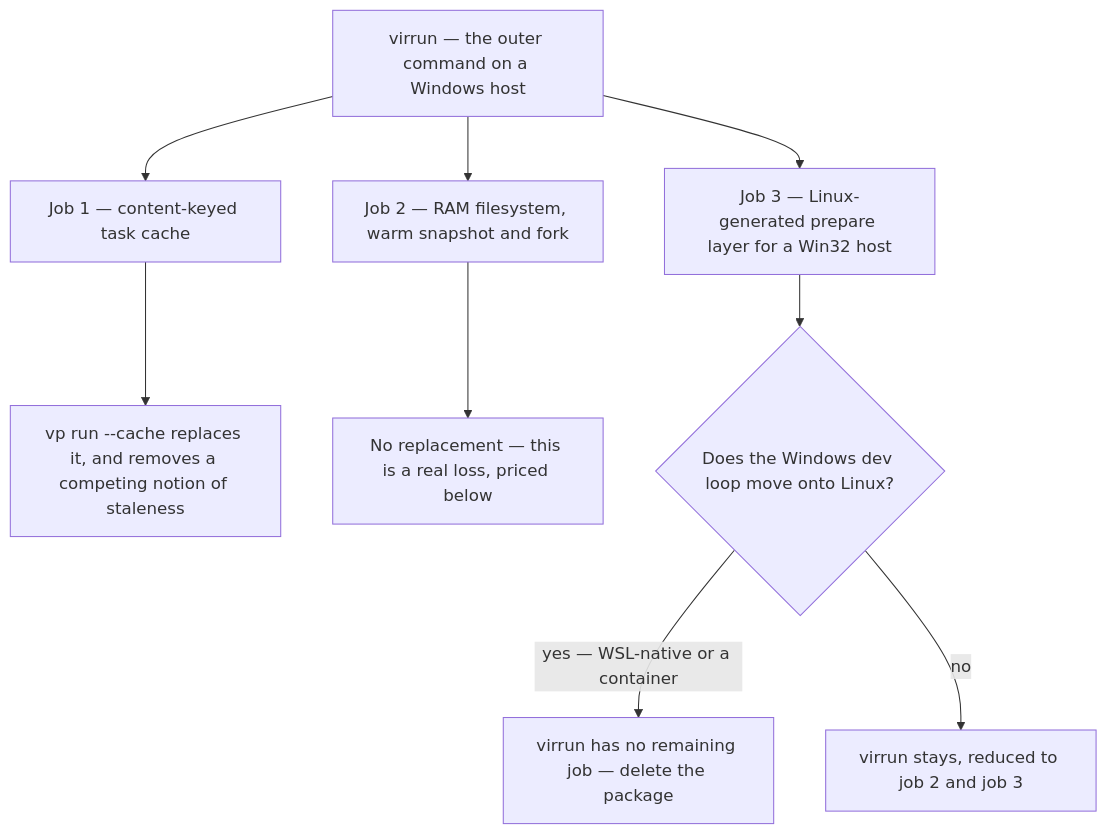
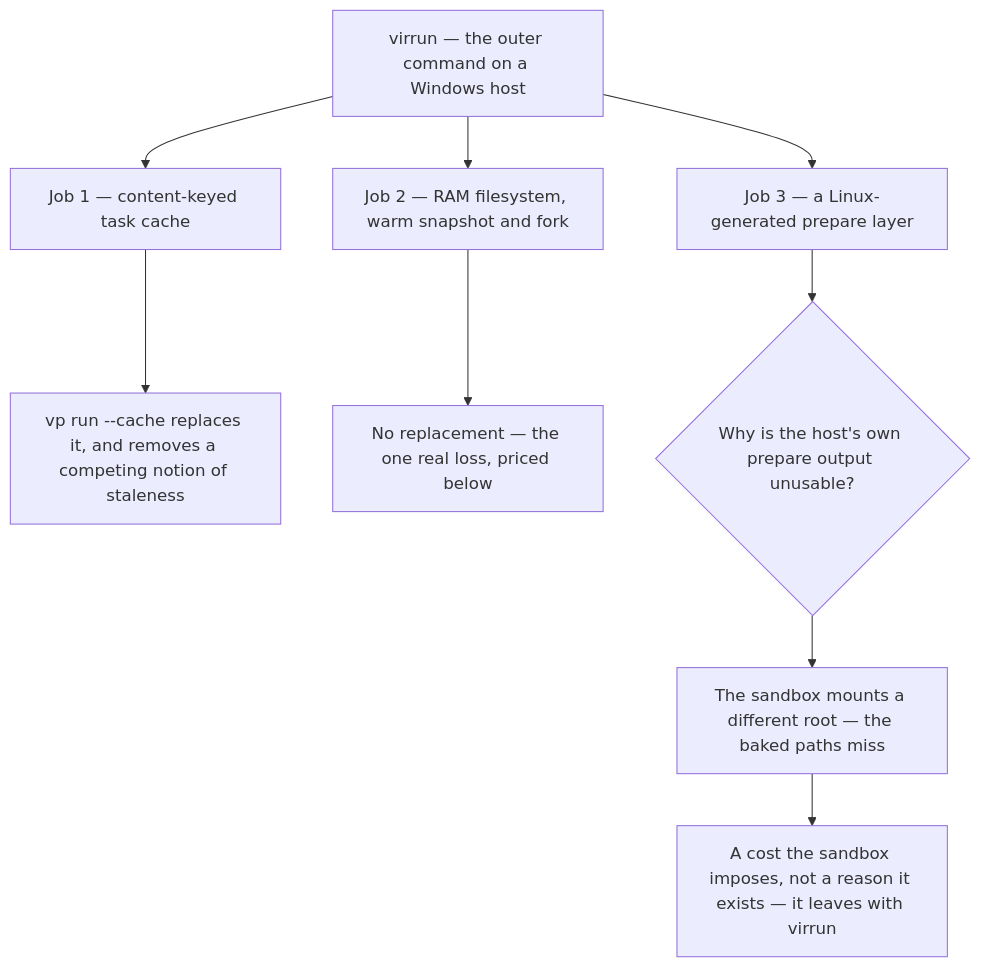
The diagram in apps/web/content/docs/proposals/refactors/vite-plus/virrun-retirement.md (Esposter/Esposter), drawn with Mermaid before and after one commit. The commit also changed other lines of this file and 1 other file, not shown here.

First line of the commit message:
docs(proposals): nothing external gates virrun's removal

````diff
--- a/apps/web/content/docs/proposals/refactors/vite-plus/virrun-retirement.md
+++ b/apps/web/content/docs/proposals/refactors/vite-plus/virrun-retirement.md
@@ -14,11 +14,11 @@
 ```mermaid
 flowchart TD
   virrun["virrun — the outer command on a Windows host"] --> cache["Job 1 — content-keyed task cache"]
   virrun --> speed["Job 2 — RAM filesystem, warm snapshot and fork"]
-  virrun --> correct["Job 3 — Linux-generated prepare layer for a Win32 host"]
+  virrun --> correct["Job 3 — a Linux-generated prepare layer"]
   cache --> vp["vp run --cache replaces it, and removes a competing notion of staleness"]
-  speed --> lost["No replacement — this is a real loss, priced below"]
-  correct --> gate{"Does the Windows dev loop move onto Linux?"}
-  gate -->|"yes — WSL-native or a container"| delete["virrun has no remaining job — delete the package"]
-  gate -->|no| keep["virrun stays, reduced to job 2 and job 3"]
+  speed --> trade["No replacement — the one real loss, priced below"]
+  correct --> why{"Why is the host's own prepare output unusable?"}
+  why --> root["The sandbox mounts a different root — the baked paths miss"]
+  root --> circular["A cost the sandbox imposes, not a reason it exists — it leaves with virrun"]
 ```
````
